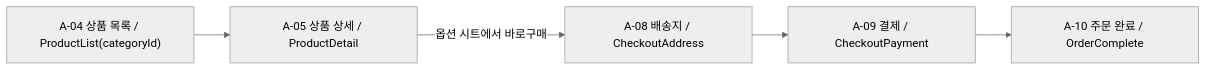
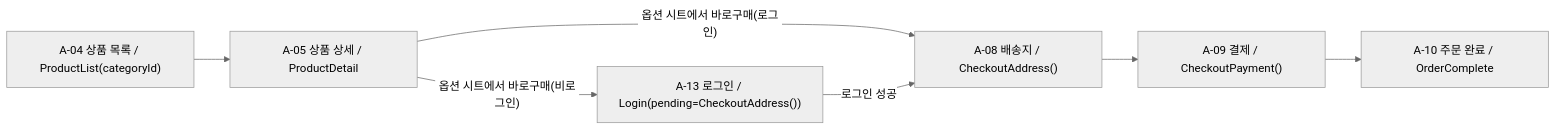
The fourth of 8 diagrams in docs/APP_FLOW.md (team-nativeLab/Eum-ShoppingMall-Android), drawn with Mermaid (neutral theme) before and after one commit. The commit also changed other lines of this file and 22 other files, not shown here.

````diff
--- a/docs/APP_FLOW.md
+++ b/docs/APP_FLOW.md
@@ -82,6 +86,8 @@
 ```mermaid
 flowchart LR
     A04["A-04 상품 목록 / ProductList(categoryId)"] --> A05["A-05 상품 상세 / ProductDetail"]
-    A05 -- 옵션 시트에서 바로구매 --> A08["A-08 배송지 / CheckoutAddress"]
-    A08 --> A09["A-09 결제 / CheckoutPayment"] --> A10["A-10 주문 완료 / OrderComplete"]
+    A05 -- 옵션 시트에서 바로구매(로그인) --> A08["A-08 배송지 / CheckoutAddress()"]
+    A05 -- 옵션 시트에서 바로구매(비로그인) --> A13["A-13 로그인 / Login(pending=CheckoutAddress())"]
+    A13 -- 로그인 성공 --> A08
+    A08 --> A09["A-09 결제 / CheckoutPayment()"] --> A10["A-10 주문 완료 / OrderComplete"]
 ```
````
